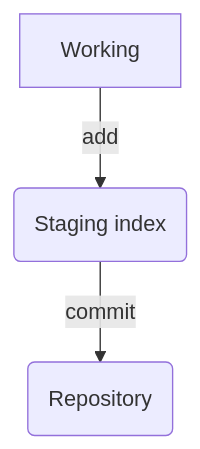
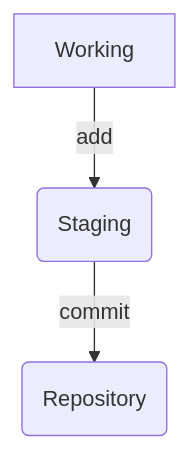
Before and after one commit to PPaccioretti/Taller_IG_Git_GitHub: the diagram in Presentacion.qmd, drawn with Mermaid. The commit also changed other lines of this file and 3 other files, not shown here.

````diff
--- a/Presentacion.qmd
+++ b/Presentacion.qmd
@@ -118,8 +122,7 @@
 ```{mermaid}
-%%| fig-height: 5
-
+%%|fig-height: 5
 
 graph TD
-  A[Working] -->|add| B(Staging index)
+  A[Working] -->|add| B(Staging)
   B --> |commit| C(Repository)
 ```
````
